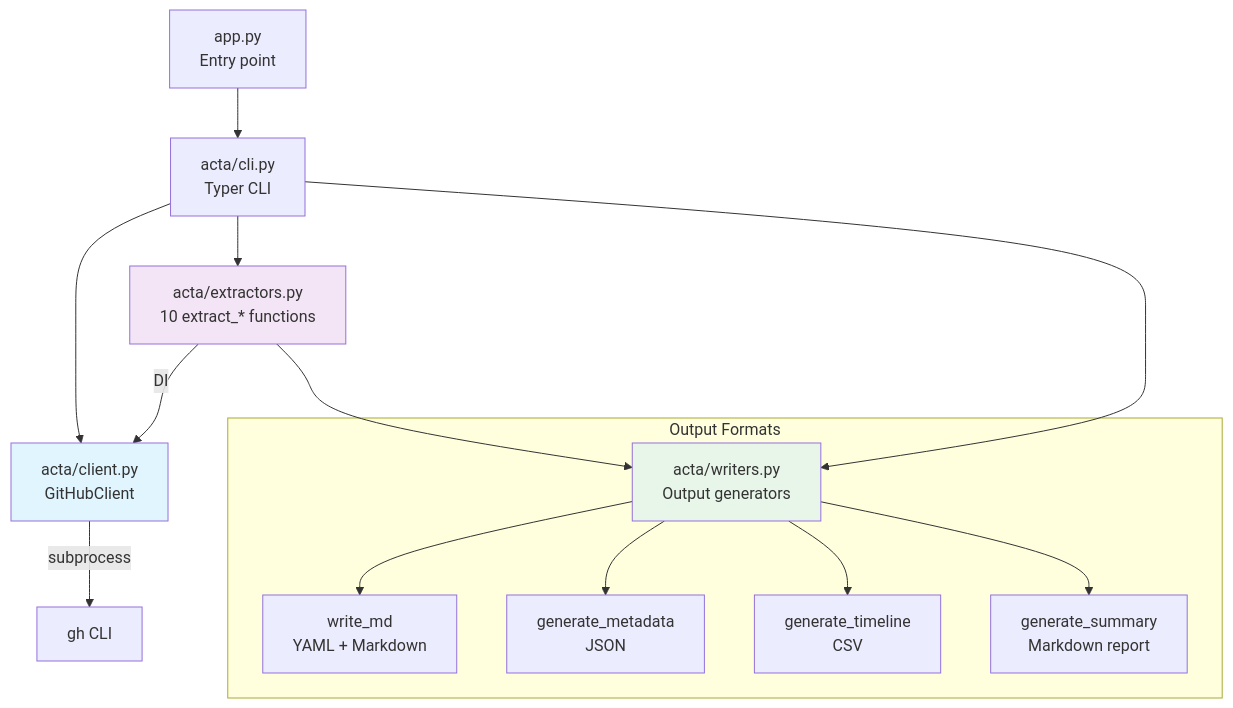
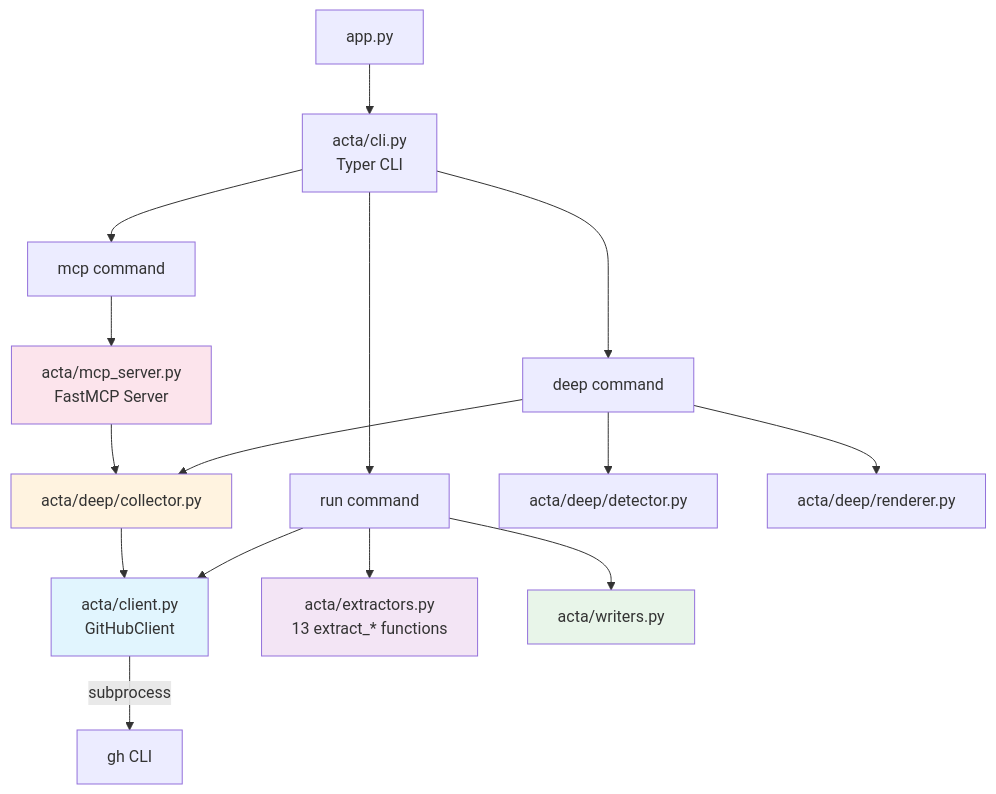
The third of 3 diagrams in README.md (SukbeomH/Acta-Ergo-Sum), drawn with Mermaid before and after one commit. The commit also changed other lines of this file and 3 other files, not shown here.

````diff
--- a/README.md
+++ b/README.md
@@ -147,22 +218,28 @@
 ```mermaid
 graph TD
-    APP[app.py<br/>Entry point] --> CLI[acta/cli.py<br/>Typer CLI]
-    CLI --> CLIENT[acta/client.py<br/>GitHubClient]
-    CLI --> EXT[acta/extractors.py<br/>10 extract_* functions]
-    CLI --> WRT[acta/writers.py<br/>Output generators]
+    APP[app.py] --> CLI[acta/cli.py<br/>Typer CLI]
+
+    CLI --> RUN[run command]
+    CLI --> DEEP[deep command]
+    CLI --> MCP_CMD[mcp command]
+
+    RUN --> CLIENT[acta/client.py<br/>GitHubClient]
+    RUN --> EXT[acta/extractors.py<br/>13 extract_* functions]
+    RUN --> WRT[acta/writers.py]
+
+    DEEP --> DC[acta/deep/collector.py]
+    DEEP --> DET[acta/deep/detector.py]
+    DEEP --> REN[acta/deep/renderer.py]
+    DC --> CLIENT
+
+    MCP_CMD --> MCP[acta/mcp_server.py<br/>FastMCP Server]
+    MCP --> DC
 
     CLIENT -->|subprocess| GH[gh CLI]
-    EXT -->|DI| CLIENT
-    EXT --> WRT
-
-    subgraph Output Formats
-        WRT --> MD[write_md<br/>YAML + Markdown]
-        WRT --> META[generate_metadata<br/>JSON]
-        WRT --> TL[generate_timeline<br/>CSV]
-        WRT --> SUM[generate_summary<br/>Markdown report]
-    end
 
     style CLIENT fill:#e1f5fe
     style EXT fill:#f3e5f5
     style WRT fill:#e8f5e9
+    style DC fill:#fff3e0
+    style MCP fill:#fce4ec
 ```
````
